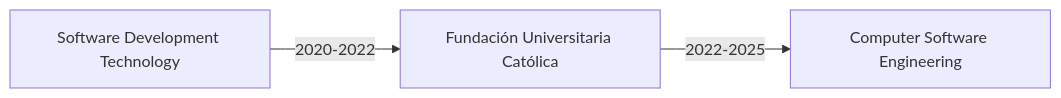
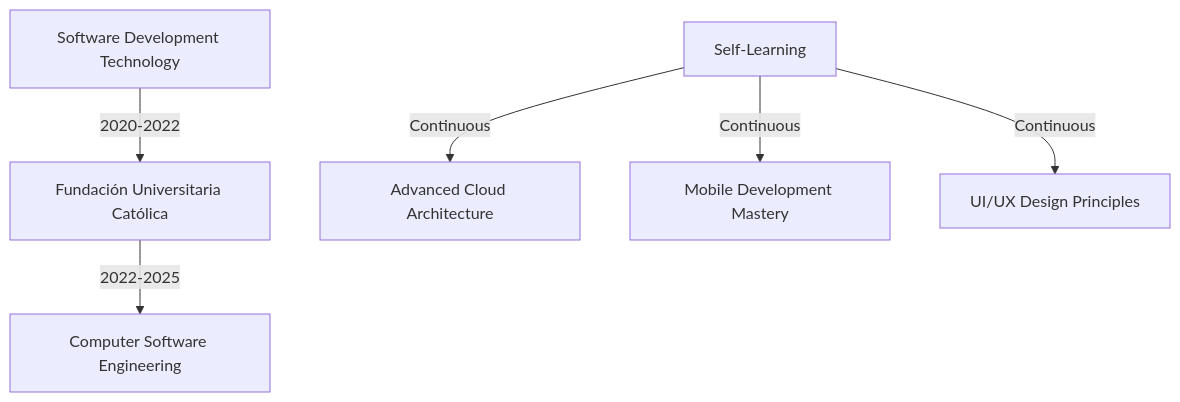
The diagram in README.md (jaider012/jaider012), drawn with Mermaid before and after one commit. The commit also changed other lines of this file, not shown here.

````diff
--- a/README.md
+++ b/README.md
@@ -50,5 +109,9 @@
 ```mermaid
-graph LR
+graph TD
     A[Software Development Technology] -->|2020-2022| B[Fundación Universitaria Católica]
     B -->|2022-2025| C[Computer Software Engineering]
+    
+    D[Self-Learning] -->|Continuous| E[Advanced Cloud Architecture]
+    D -->|Continuous| F[Mobile Development Mastery]
+    D -->|Continuous| G[UI/UX Design Principles]
 ```
````
